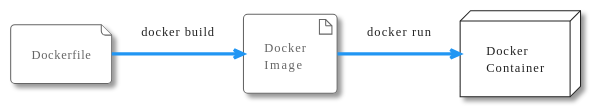
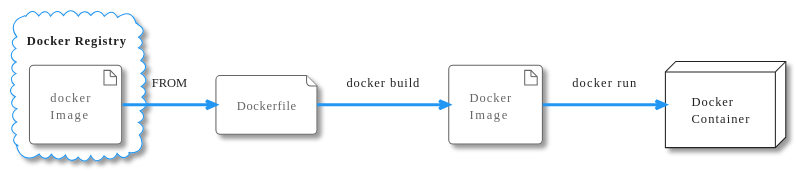
The diagram in asciidocs/dockerfile.adoc (htl-leonding-college/docker-lecture-notes), drawn with PlantUML before and after one commit. The commit also changed 1 other file, not shown here.

Commit message:
update diagrams

```diff
--- a/asciidocs/dockerfile.adoc
+++ b/asciidocs/dockerfile.adoc
@@ -43,12 +43,16 @@
 [plantuml,build-image,png,theme=sketchy-outline]
 ----
 @startuml
 !theme materia
+cloud "Docker Registry" {
+artifact "docker\nImage" as img
+}
 file Dockerfile as dockerfile
 artifact "Docker\nImage" as image
 node "Docker\nContainer" as container
 
+img -> dockerfile: FROM
 dockerfile -> image: docker build
 image -> container: docker run
 @enduml
 ----
```
